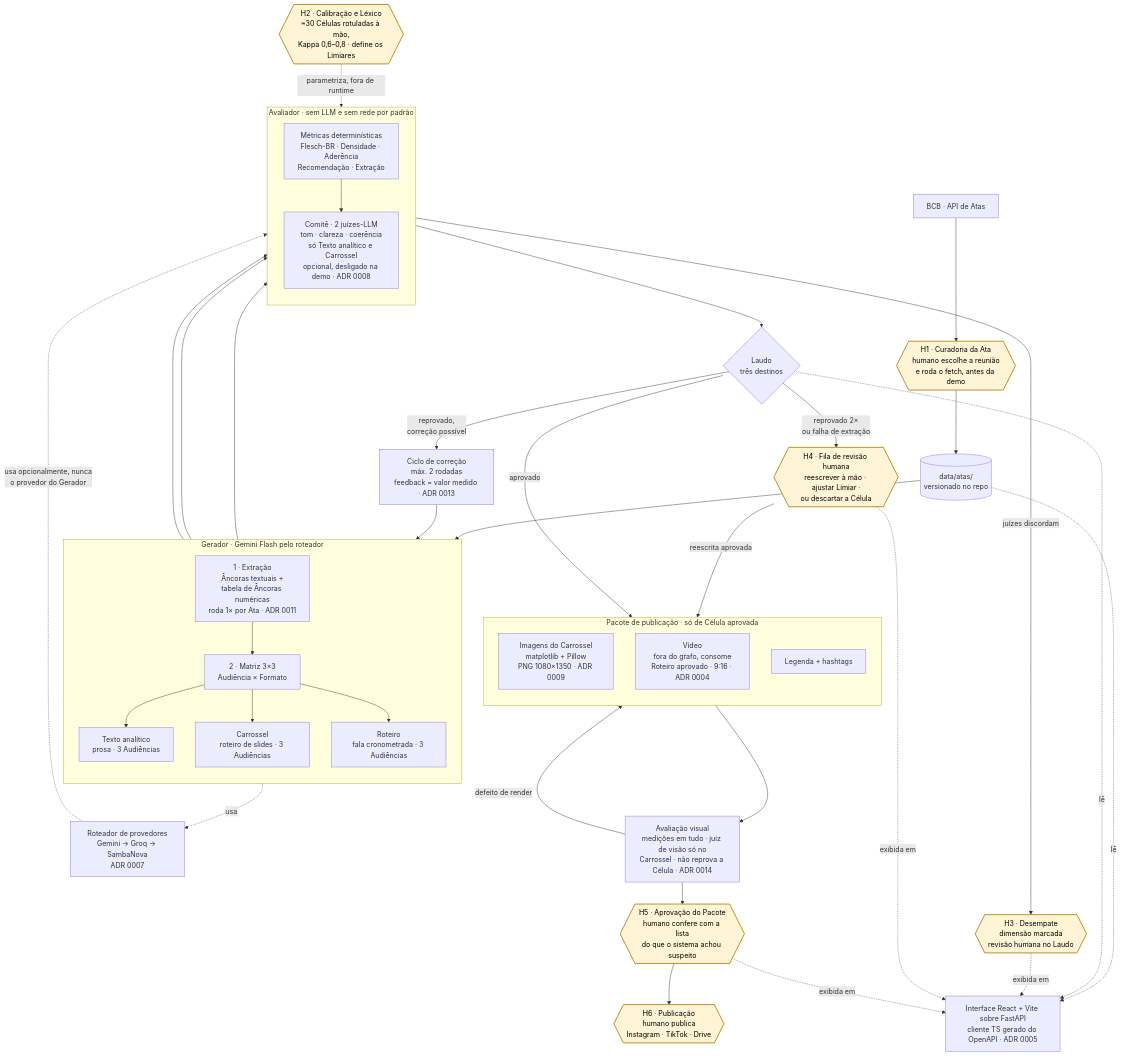
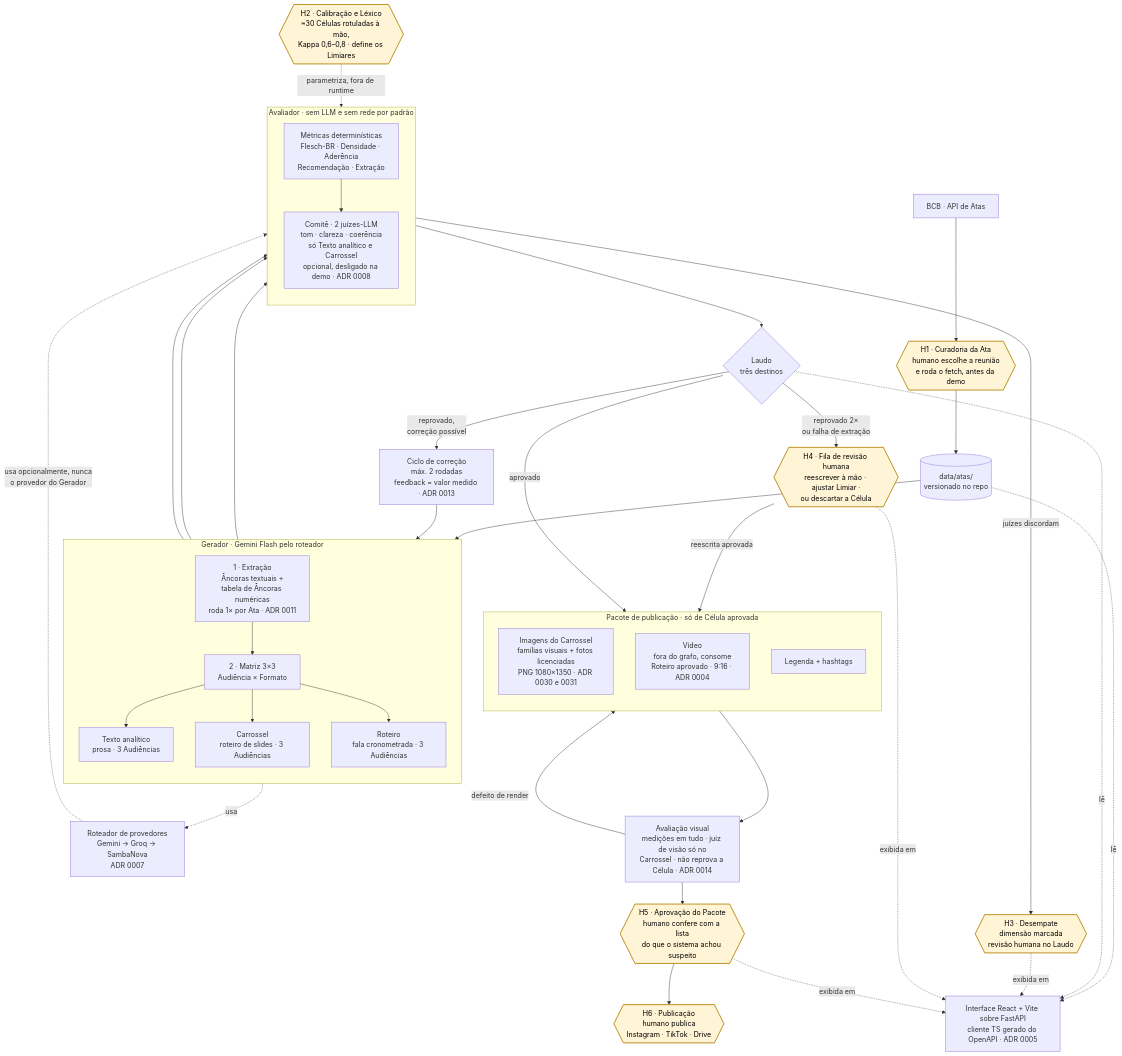
One commit to Lucas-Andrade-Silva/caseSunoAcademyFinance changed the diagram in docs/ARQUITETURA.md. Above: the diagram before and after it, drawn with Mermaid. The commit also changed other lines of this file and 8 other files, not shown here.

First line of the commit message:
docs: ADRs 0030 e 0031, plano e glossário das famílias visuais e das fotos licenciadas

````diff
--- a/docs/ARQUITETURA.md
+++ b/docs/ARQUITETURA.md
@@ -68,78 +68,78 @@
 ```mermaid
 flowchart TD
     BCB["BCB · API de Atas"]
     H1{{"H1 · Curadoria da Ata<br/>humano escolhe a reunião<br/>e roda o fetch, antes da demo"}}
     ATAS[("data/atas/<br/>versionado no repo")]
     BCB --> H1 --> ATAS
 
     ATAS --> EXT
 
     subgraph G["Gerador · Gemini Flash pelo roteador"]
         direction TB
         EXT["1 · Extração<br/>Âncoras textuais +<br/>tabela de Âncoras numéricas<br/>roda 1× por Ata · ADR 0011"]
         MATRIZ["2 · Matriz 3×3<br/>Audiência × Formato"]
         TXT["Texto analítico<br/>prosa · 3 Audiências"]
         CAR["Carrossel<br/>roteiro de slides · 3 Audiências"]
         ROT["Roteiro<br/>fala cronometrada · 3 Audiências"]
         EXT --> MATRIZ
         MATRIZ --> TXT
         MATRIZ --> CAR
         MATRIZ --> ROT
     end
 
     ROUTER["Roteador de provedores<br/>Gemini → Groq → SambaNova<br/>ADR 0007"]
     G -. usa .-> ROUTER
 
     TXT --> A
     CAR --> A
     ROT --> A
 
     H2{{"H2 · Calibração e Léxico<br/>~30 Células rotuladas à mão,<br/>Kappa 0,6–0,8 · define os Limiares"}}
     H2 -.->|"parametriza, fora de runtime"| A
 
     subgraph A["Avaliador · sem LLM e sem rede por padrão"]
         direction TB
         DET["Métricas determinísticas<br/>Flesch-BR · Densidade · Aderência<br/>Recomendação · Extração"]
         JUIZ["Comitê · 2 juízes-LLM<br/>tom · clareza · coerência<br/>só Texto analítico e Carrossel<br/>opcional, desligado na demo · ADR 0008"]
         DET --> JUIZ
     end
 
     ROUTER -.->|"usa opcionalmente, nunca<br/>o provedor do Gerador"| JUIZ
     JUIZ -->|"juízes discordam"| H3
     H3{{"H3 · Desempate<br/>dimensão marcada<br/>revisão humana no Laudo"}}
 
     A --> LAUDO{"Laudo<br/>três destinos"}
 
     LAUDO -->|"reprovado,<br/>correção possível"| CICLO["Ciclo de correção<br/>máx. 2 rodadas<br/>feedback = valor medido · ADR 0013"]
     CICLO --> MATRIZ
 
     LAUDO -->|"reprovado 2×<br/>ou falha de extração"| H4
     H4{{"H4 · Fila de revisão humana<br/>reescrever à mão · ajustar Limiar ·<br/>ou descartar a Célula"}}
     H4 -->|"reescrita aprovada"| P
 
     LAUDO -->|"aprovado"| P
 
     subgraph P["Pacote de publicação · só de Célula aprovada"]
         direction TB
-        IMG["Imagens do Carrossel<br/>matplotlib + Pillow<br/>PNG 1080×1350 · ADR 0009"]
+        IMG["Imagens do Carrossel<br/>famílias visuais + fotos licenciadas<br/>PNG 1080×1350 · ADR 0030 e 0031"]
         VIDEO["Vídeo<br/>fora do grafo, consome<br/>Roteiro aprovado · 9:16 · ADR 0004"]
         LEG["Legenda + hashtags"]
     end
 
     VIS["Avaliação visual<br/>medições em tudo · juiz de visão só no<br/>Carrossel · não reprova a Célula · ADR 0014"]
     P --> VIS
     VIS -->|"defeito de render"| P
     H5{{"H5 · Aprovação do Pacote<br/>humano confere com a lista<br/>do que o sistema achou suspeito"}}
     VIS --> H5
     H5 --> H6{{"H6 · Publicação<br/>humano publica<br/>Instagram · TikTok · Drive"}}
 
     UI["Interface React + Vite sobre FastAPI<br/>cliente TS gerado do OpenAPI · ADR 0005"]
     ATAS -. lê .-> UI
     LAUDO -. lê .-> UI
     H3 -. exibida em .-> UI
     H4 -. exibida em .-> UI
     H5 -. exibida em .-> UI
 
     classDef humano fill:#fff4d6,stroke:#b8860b,stroke-width:2px,color:#000
     class H1,H2,H3,H4,H5,H6 humano
 ```
````
